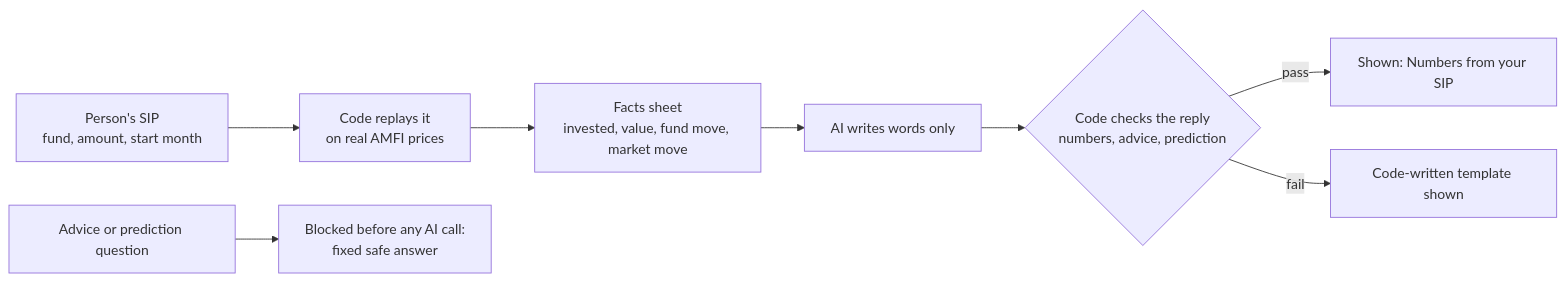
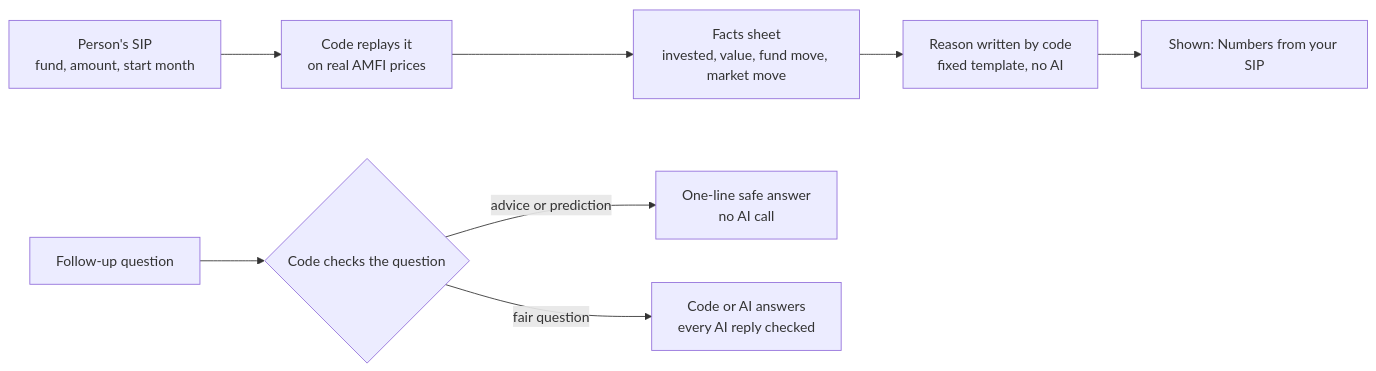
Before and after one commit to Rohit9252/sip-ai-mvp: the diagram in README.md, drawn with Mermaid. The commit also changed other lines of this file and 7 other files, not shown here.

Commit message:
Eval version 4, review notes, ADR-0008, docs for the code-written reason

````diff
--- a/README.md
+++ b/README.md
@@ -33,10 +33,10 @@
 ```mermaid
 flowchart LR
     A[Person's SIP<br/>fund, amount, start month] --> B[Code replays it<br/>on real AMFI prices]
     B --> C[Facts sheet<br/>invested, value, fund move, market move]
-    C --> D[AI writes words only]
-    D --> E{Code checks the reply<br/>numbers, advice, prediction}
-    E -- pass --> F[Shown: Numbers from your SIP]
-    E -- fail --> G[Code-written template shown]
-    Q[Advice or prediction question] --> H[Blocked before any AI call:<br/>fixed safe answer]
+    C --> D[Reason written by code<br/>fixed template, no AI]
+    D --> F[Shown: Numbers from your SIP]
+    Q[Follow-up question] --> E{Code checks the question}
+    E -- advice or prediction --> H[One-line safe answer<br/>no AI call]
+    E -- fair question --> I[Code or AI answers<br/>every AI reply checked]
 ```
````
